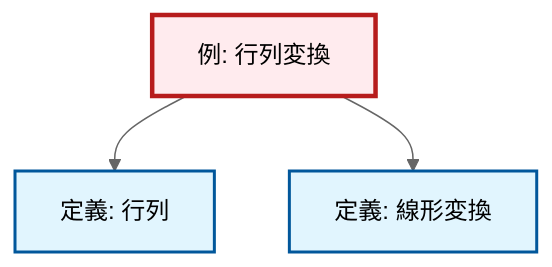
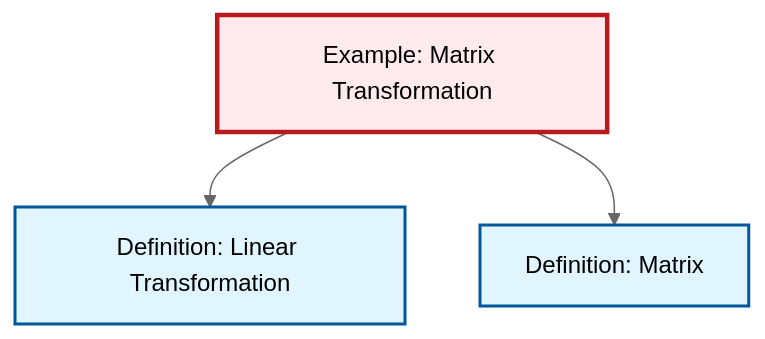
One commit to RK0429/ModernMath changed the diagram in content/ja/algebra/ex-matrix-transformation.qmd. Above: the diagram before and after it, drawn with Mermaid (neutral theme). The commit also changed 203 other files, not shown here.

````diff
--- a/content/ja/algebra/ex-matrix-transformation.qmd
+++ b/content/ja/algebra/ex-matrix-transformation.qmd
@@ -53,18 +53,15 @@
 ```{mermaid}
-%%| fig-cap: "局所依存関係グラフ"
+%%| fig-cap: "Local dependency graph"
 graph TD
     classDef definition fill:#e1f5fe,stroke:#01579b,stroke-width:2px
     classDef theorem fill:#f3e5f5,stroke:#4a148c,stroke-width:2px
     classDef axiom fill:#fff3e0,stroke:#e65100,stroke-width:2px
     classDef example fill:#e8f5e9,stroke:#1b5e20,stroke-width:2px
     classDef current fill:#ffebee,stroke:#b71c1c,stroke-width:3px
-    ex-matrix-transformation["例: 行列変換"]:::example
-    def-linear-transformation["定義: 線形変換"]:::definition
-    def-matrix["定義: 行列"]:::definition
+    ex-matrix-transformation["Example: Matrix Transformation"]:::example
+    def-linear-transformation["Definition: Linear Transformation"]:::definition
+    def-matrix["Definition: Matrix"]:::definition
+    ex-matrix-transformation --> def-linear-transformation
     ex-matrix-transformation --> def-matrix
-    ex-matrix-transformation --> def-linear-transformation
     class ex-matrix-transformation current
-
-    click def-linear-transformation "def-linear-transformation.html" "Go to 定義: 線形変換"
-    click def-matrix "def-matrix.html" "Go to 定義: 行列"
 ```
````
